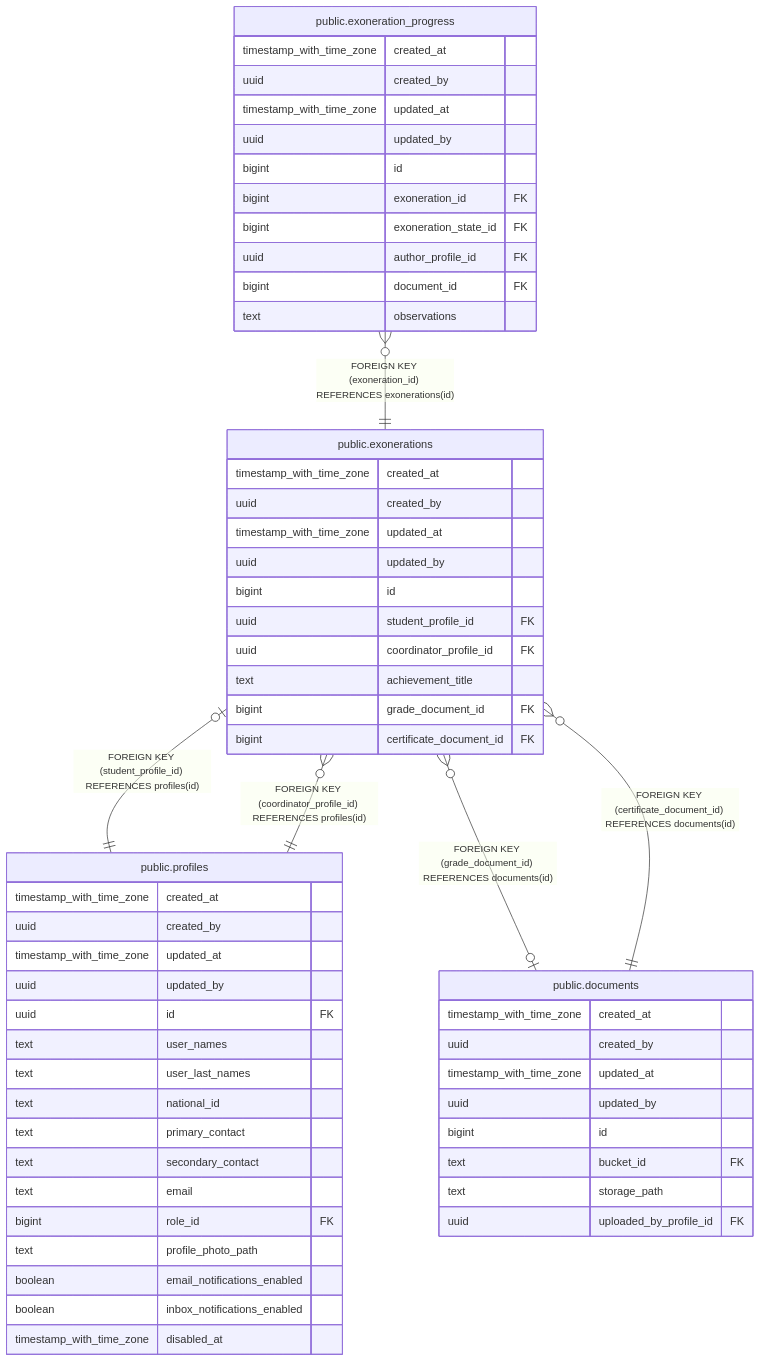
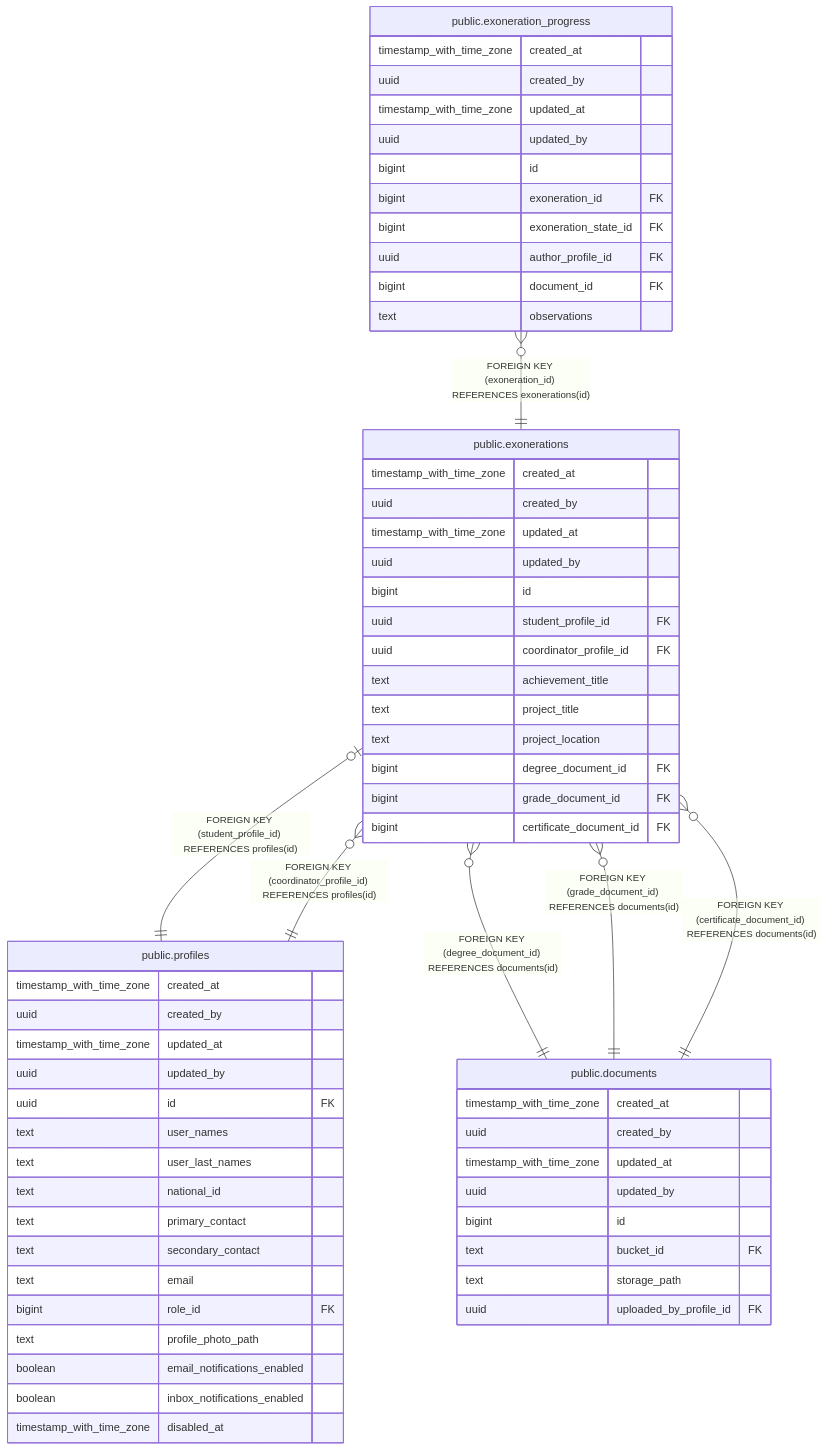
Before and after one commit to icristianhernandez/academic-service-backend: the diagram in docs/db/tbls/public.exonerations.md, drawn with Mermaid. The commit also changed other lines of this file and 13 other files, not shown here.

````diff
--- a/docs/db/tbls/public.exonerations.md
+++ b/docs/db/tbls/public.exonerations.md
@@ -49,62 +53,66 @@
 ```mermaid
 erDiagram
 
 "public.exoneration_progress" }o--|| "public.exonerations" : "FOREIGN KEY (exoneration_id) REFERENCES exonerations(id)"
 "public.exonerations" |o--|| "public.profiles" : "FOREIGN KEY (student_profile_id) REFERENCES profiles(id)"
 "public.exonerations" }o--|| "public.profiles" : "FOREIGN KEY (coordinator_profile_id) REFERENCES profiles(id)"
-"public.exonerations" }o--o| "public.documents" : "FOREIGN KEY (grade_document_id) REFERENCES documents(id)"
+"public.exonerations" }o--|| "public.documents" : "FOREIGN KEY (degree_document_id) REFERENCES documents(id)"
+"public.exonerations" }o--|| "public.documents" : "FOREIGN KEY (grade_document_id) REFERENCES documents(id)"
 "public.exonerations" }o--|| "public.documents" : "FOREIGN KEY (certificate_document_id) REFERENCES documents(id)"
 
 "public.exonerations" {
   timestamp_with_time_zone created_at ""
   uuid created_by ""
   timestamp_with_time_zone updated_at ""
   uuid updated_by ""
   bigint id ""
   uuid student_profile_id FK ""
   uuid coordinator_profile_id FK ""
   text achievement_title ""
+  text project_title ""
+  text project_location ""
+  bigint degree_document_id FK ""
   bigint grade_document_id FK ""
   bigint certificate_document_id FK ""
 }
 "public.exoneration_progress" {
   timestamp_with_time_zone created_at ""
   uuid created_by ""
   timestamp_with_time_zone updated_at ""
   uuid updated_by ""
   bigint id ""
   bigint exoneration_id FK ""
   bigint exoneration_state_id FK ""
   uuid author_profile_id FK ""
   bigint document_id FK ""
   text observations ""
 }
 "public.profiles" {
   timestamp_with_time_zone created_at ""
   uuid created_by ""
   timestamp_with_time_zone updated_at ""
   uuid updated_by ""
   uuid id FK ""
   text user_names ""
   text user_last_names ""
   text national_id ""
   text primary_contact ""
   text secondary_contact ""
   text email ""
   bigint role_id FK ""
   text profile_photo_path ""
   boolean email_notifications_enabled ""
   boolean inbox_notifications_enabled ""
   timestamp_with_time_zone disabled_at ""
 }
 "public.documents" {
   timestamp_with_time_zone created_at ""
   uuid created_by ""
   timestamp_with_time_zone updated_at ""
   uuid updated_by ""
   bigint id ""
   text bucket_id FK ""
   text storage_path ""
   uuid uploaded_by_profile_id FK ""
 }
 ```
````
